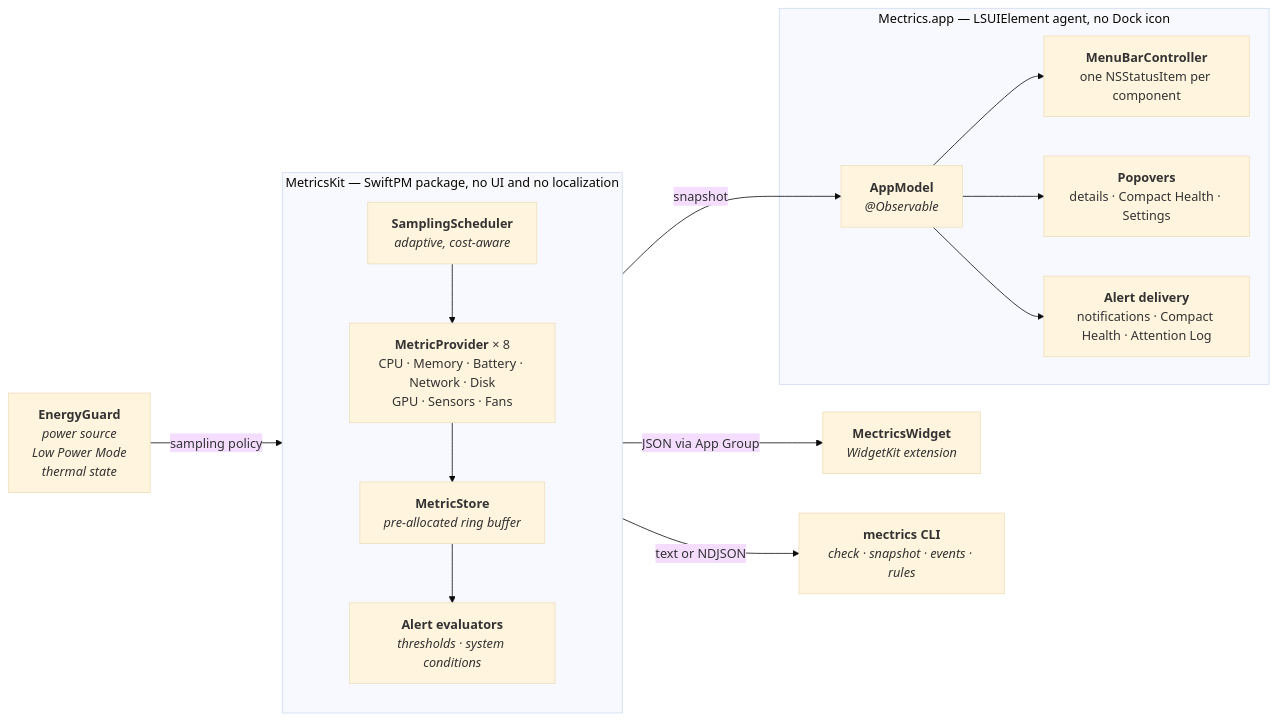
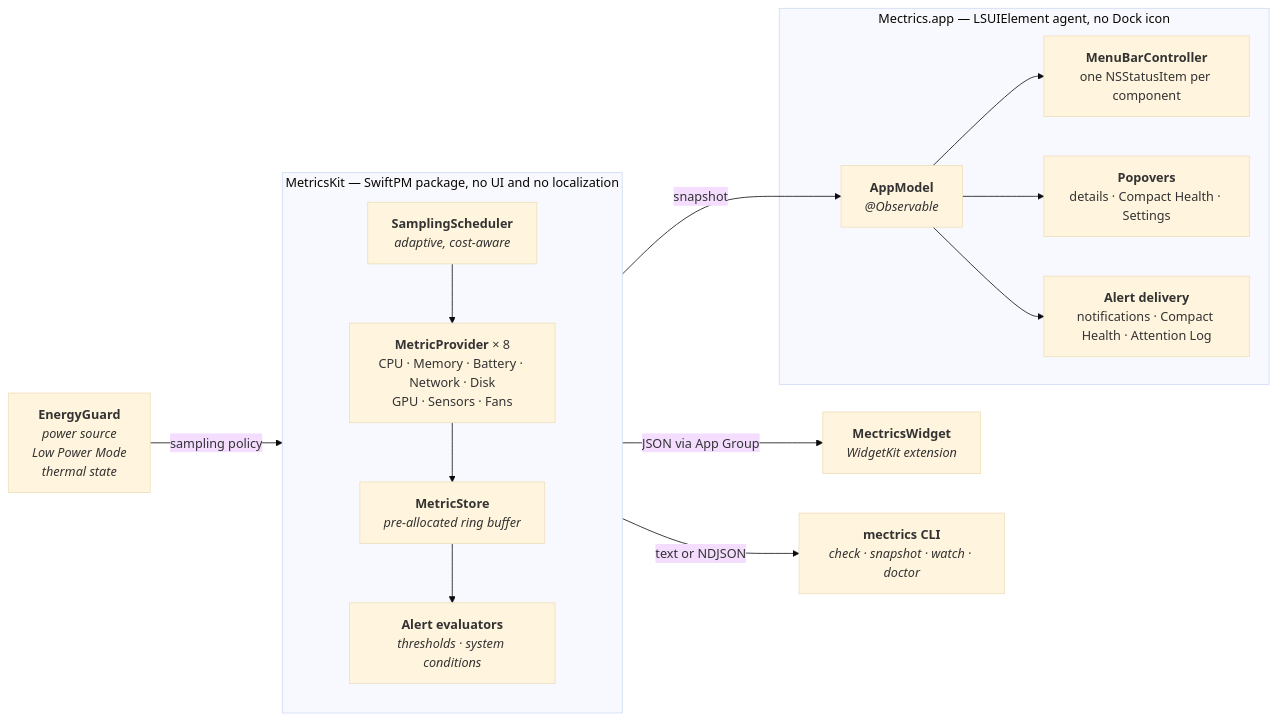
One commit to farukkamcici/mectrics changed the diagram in docs/architecture.md. Above: the diagram before and after it, drawn with Mermaid (base theme). The commit also changed other lines of this file and 33 other files, not shown here.

````diff
--- a/docs/architecture.md
+++ b/docs/architecture.md
@@ -13,32 +13,32 @@
 ```mermaid
 flowchart LR
     EG["<b>EnergyGuard</b><br/><i>power source</i><br/><i>Low Power Mode</i><br/><i>thermal state</i>"]
 
     subgraph kit["MetricsKit — SwiftPM package, no UI and no localization"]
         direction TB
         SS["<b>SamplingScheduler</b><br/><i>adaptive, cost-aware</i>"]
         PR["<b>MetricProvider</b> × 8<br/>CPU · Memory · Battery · Network · Disk<br/>GPU · Sensors · Fans"]
         ST["<b>MetricStore</b><br/><i>pre-allocated ring buffer</i>"]
         AE["<b>Alert evaluators</b><br/><i>thresholds · system conditions</i>"]
         SS --> PR --> ST
         ST --> AE
     end
 
     subgraph app["Mectrics.app — LSUIElement agent, no Dock icon"]
         AM["<b>AppModel</b><br/><i>@Observable</i>"]
         MB["<b>MenuBarController</b><br/>one NSStatusItem per component"]
         PO["<b>Popovers</b><br/>details · Compact Health · Settings"]
         AL["<b>Alert delivery</b><br/>notifications · Compact Health · Attention Log"]
         AM --> MB
         AM --> PO
         AM --> AL
     end
 
     WG["<b>MectricsWidget</b><br/><i>WidgetKit extension</i>"]
-    CLI["<b>mectrics CLI</b><br/><i>check · snapshot · events · rules</i>"]
+    CLI["<b>mectrics CLI</b><br/><i>check · snapshot · watch · doctor</i>"]
 
     EG -->|"sampling policy"| SS
     ST -->|"snapshot"| AM
     ST -->|"JSON via App Group"| WG
     AE -->|"text or NDJSON"| CLI
 ```
````
